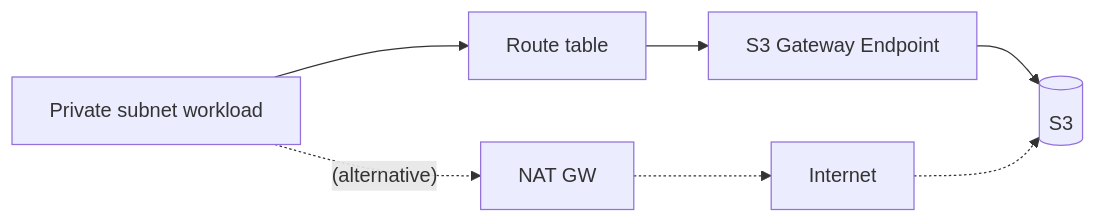
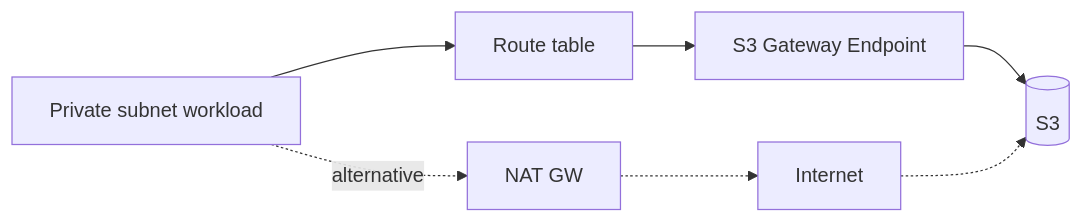
Before and after one commit to niceguy61/aws-saa-lecture-2026: the second of 2 diagrams in aws-saa/week01-domain01-secure-architectures/day04/01-theory.md, drawn with Mermaid. The commit also changed other lines of this file, not shown here.

Commit message:
Fix mermaid syntax in Week1 Day04

````diff
--- a/aws-saa/week01-domain01-secure-architectures/day04/01-theory.md
+++ b/aws-saa/week01-domain01-secure-architectures/day04/01-theory.md
@@ -51,7 +51,7 @@
 ```mermaid
 flowchart LR
   App[Private subnet workload] --> RT[Route table]
   RT --> EP[S3 Gateway Endpoint]
   EP --> S3[(S3)]
-  App -. (alternative) .-> NAT[NAT GW] -.-> IGW[Internet] -.-> S3
+  App -. alternative .-> NAT[NAT GW] -.-> IGW[Internet] -.-> S3
 ```
````
